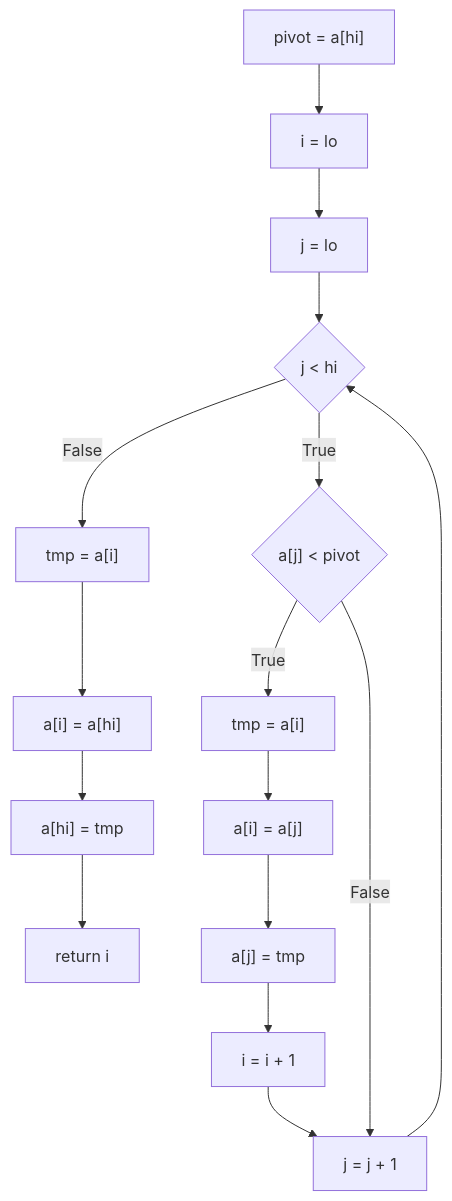
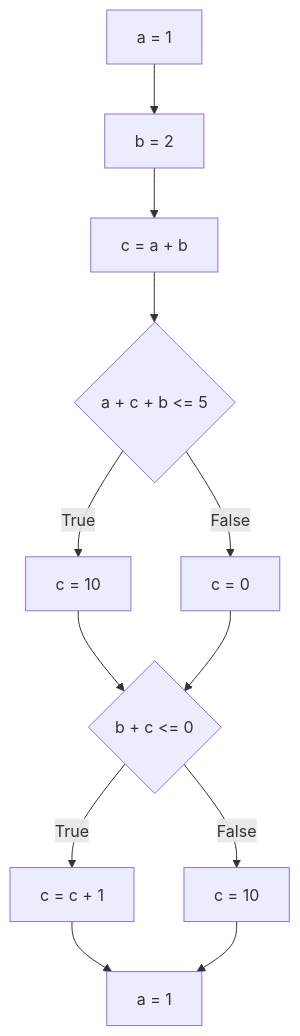
One commit to kookmin-sw/2026-capstone-02 changed the diagram in traceinspector/analyzer_io_spec.md. Above: the diagram before and after it, drawn with Mermaid. The commit also changed other lines of this file and 1 other file, not shown here.

````diff
--- a/traceinspector/analyzer_io_spec.md
+++ b/traceinspector/analyzer_io_spec.md
@@ -646,32 +101,24 @@
 ```mermaid
 flowchart TD
-1["`return i`"]
-2["`a[hi] = tmp`"]
-3["`a[i] = a[hi]`"]
-4["`tmp = a[i]`"]
-5{"`j < hi`"}
-6["`j = j + 1`"]
-7{"`a[j] < pivot`"}
-8["`i = i + 1`"]
-9["`a[j] = tmp`"]
-10["`a[i] = a[j]`"]
-11["`tmp = a[i]`"]
-12["`j = lo`"]
-13["`i = lo`"]
-14["`pivot = a[hi]`"]
-2 --> 1
-3 --> 2
-4 --> 3
-6 --> 5
-8 --> 6
+2{"`b + c <= 0`"}
+3["`c = c + 1`"]
+5{"`a + c + b <= 5`"}
+7["`c = 0`"]
+9["`b = 2`"]
+1["`a = 1`"]
+4["`c = 10`"]
+6["`c = 10`"]
+8["`c = a + b`"]
+10["`a = 1`"]
+3 --> 1
+4 --> 1
+6 --> 2
+5 -- True --> 6
+5 -- False --> 7
+2 -- True --> 3
+2 -- False --> 4
+7 --> 2
+8 --> 5
 9 --> 8
 10 --> 9
-11 --> 10
-7 -- True --> 11
-7 -- False --> 6
-5 -- True --> 7
-5 -- False --> 4
-12 --> 5
-13 --> 12
-14 --> 13
 ```
````
